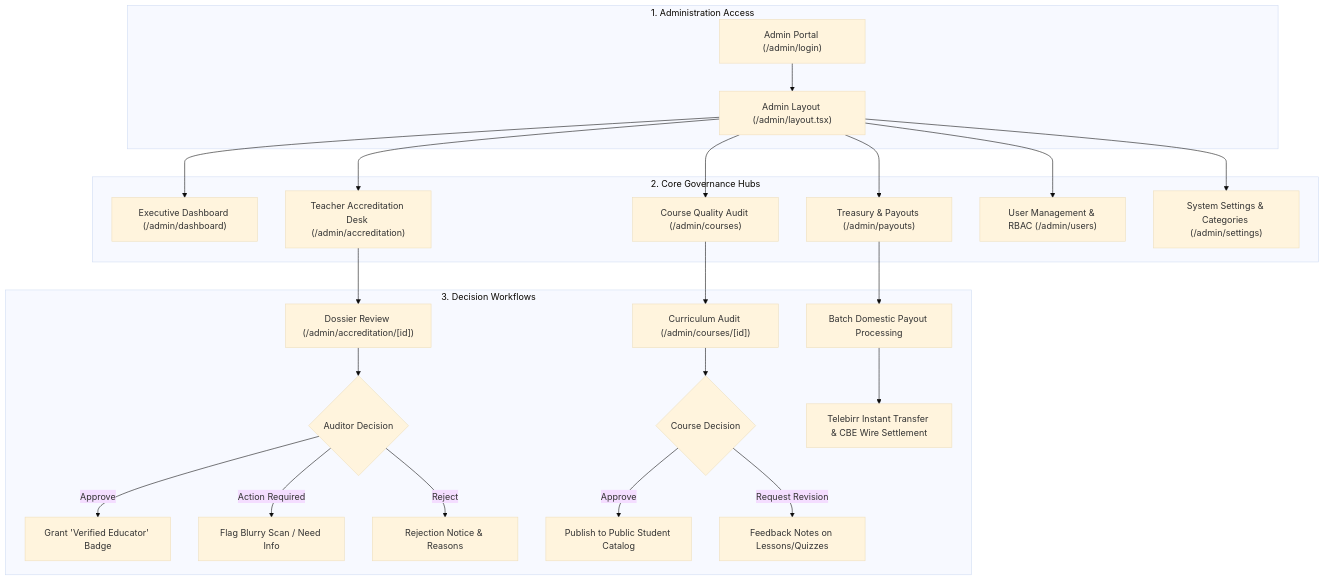
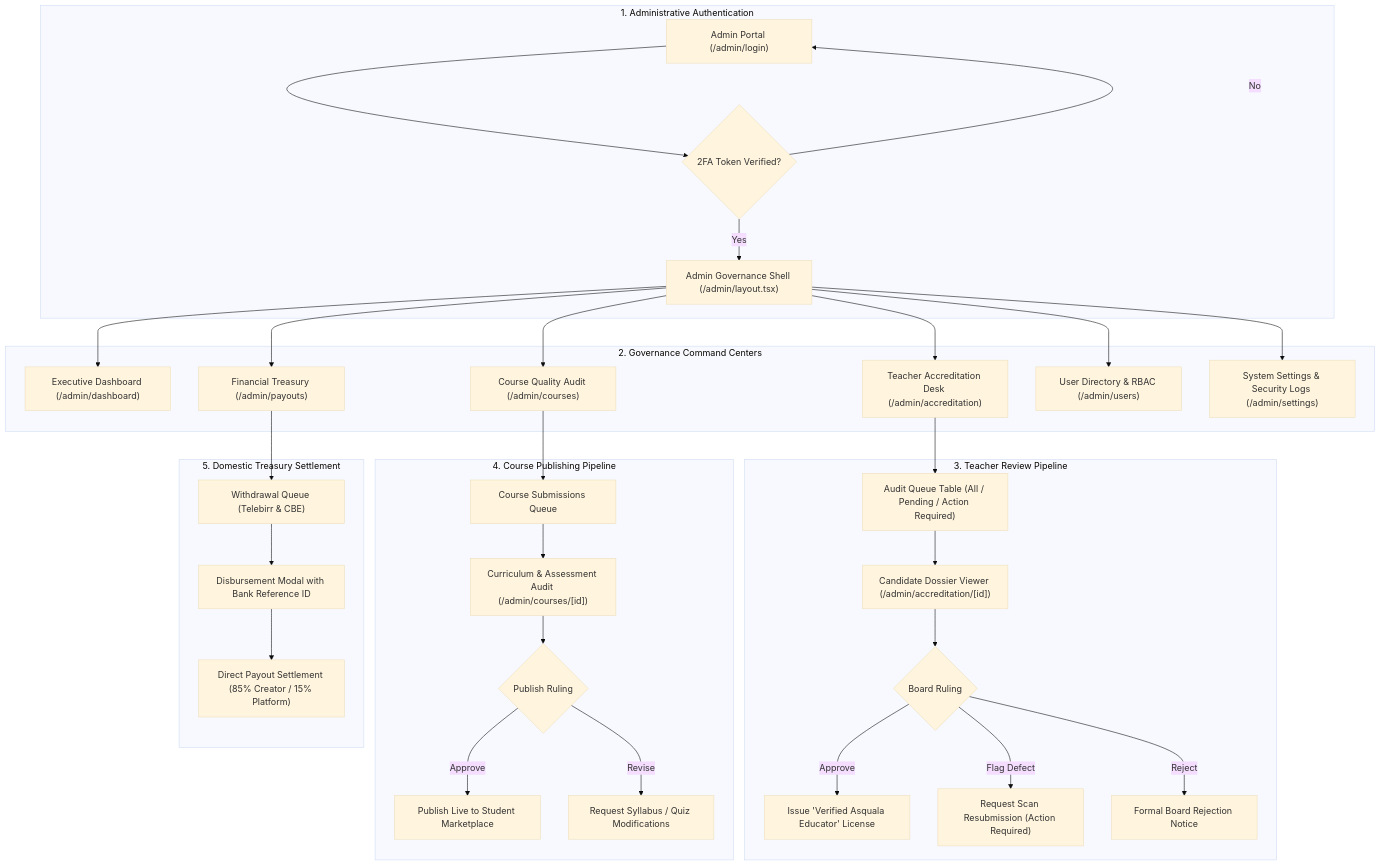
One commit to yishaq-official/Asquala-Online-Learning-Platform changed the diagram in docs/plan/admin-interface/00-overview.md. Above: the diagram before and after it, drawn with Mermaid (base theme). The commit also changed other lines of this file and 7 other files, not shown here.

````diff
--- a/docs/plan/admin-interface/00-overview.md
+++ b/docs/plan/admin-interface/00-overview.md
@@ -46,31 +76,40 @@
 ```mermaid
 flowchart TD
-    subgraph Auth["1. Administration Access"]
-        A["Admin Portal (/admin/login)"] --> B["Admin Layout (/admin/layout.tsx)"]
+    subgraph Auth["1. Administrative Authentication"]
+        A["Admin Portal (/admin/login)"] --> B{"2FA Token Verified?"}
+        B -- No --> A
+        B -- Yes --> C["Admin Governance Shell (/admin/layout.tsx)"]
     end
 
-    subgraph Command["2. Core Governance Hubs"]
-        B --> C["Executive Dashboard (/admin/dashboard)"]
-        B --> D["Teacher Accreditation Desk (/admin/accreditation)"]
-        B --> E["Course Quality Audit (/admin/courses)"]
-        B --> F["Treasury & Payouts (/admin/payouts)"]
-        B --> G["User Management & RBAC (/admin/users)"]
-        B --> H["System Settings & Categories (/admin/settings)"]
+    subgraph Hubs["2. Governance Command Centers"]
+        C --> D["Executive Dashboard (/admin/dashboard)"]
+        C --> E["Teacher Accreditation Desk (/admin/accreditation)"]
+        C --> F["Course Quality Audit (/admin/courses)"]
+        C --> G["Financial Treasury (/admin/payouts)"]
+        C --> H["User Directory & RBAC (/admin/users)"]
+        C --> I["System Settings & Security Logs (/admin/settings)"]
     end
 
-    subgraph Actions["3. Decision Workflows"]
-        D --> D1["Dossier Review (/admin/accreditation/[id])"]
-        D1 --> D2{"Auditor Decision"}
-        D2 -- "Approve" --> D3["Grant 'Verified Educator' Badge"]
-        D2 -- "Action Required" --> D4["Flag Blurry Scan / Need Info"]
-        D2 -- "Reject" --> D5["Rejection Notice & Reasons"]
+    subgraph Accreditation["3. Teacher Review Pipeline"]
+        E --> E1["Audit Queue Table (All / Pending / Action Required)"]
+        E1 --> E2["Candidate Dossier Viewer (/admin/accreditation/[id])"]
+        E2 --> E3{"Board Ruling"}
+        E3 -- "Approve" --> E4["Issue 'Verified Asquala Educator' License"]
+        E3 -- "Flag Defect" --> E5["Request Scan Resubmission (Action Required)"]
+        E3 -- "Reject" --> E6["Formal Board Rejection Notice"]
+    end
 
-        E --> E1["Curriculum Audit (/admin/courses/[id])"]
-        E1 --> E2{"Course Decision"}
-        E2 -- "Approve" --> E3["Publish to Public Student Catalog"]
-        E2 -- "Request Revision" --> E4["Feedback Notes on Lessons/Quizzes"]
+    subgraph CourseAudit["4. Course Publishing Pipeline"]
+        F --> F1["Course Submissions Queue"]
+        F1 --> F2["Curriculum & Assessment Audit (/admin/courses/[id])"]
+        F2 --> F3{"Publish Ruling"}
+        F3 -- "Approve" --> F4["Publish Live to Student Marketplace"]
+        F3 -- "Revise" --> F5["Request Syllabus / Quiz Modifications"]
+    end
 
-        F --> F1["Batch Domestic Payout Processing"]
-        F1 --> F2["Telebirr Instant Transfer & CBE Wire Settlement"]
+    subgraph Treasury["5. Domestic Treasury Settlement"]
+        G --> G1["Withdrawal Queue (Telebirr & CBE)"]
+        G1 --> G2["Disbursement Modal with Bank Reference ID"]
+        G2 --> G3["Direct Payout Settlement (85% Creator / 15% Platform)"]
     end
 ```
````
